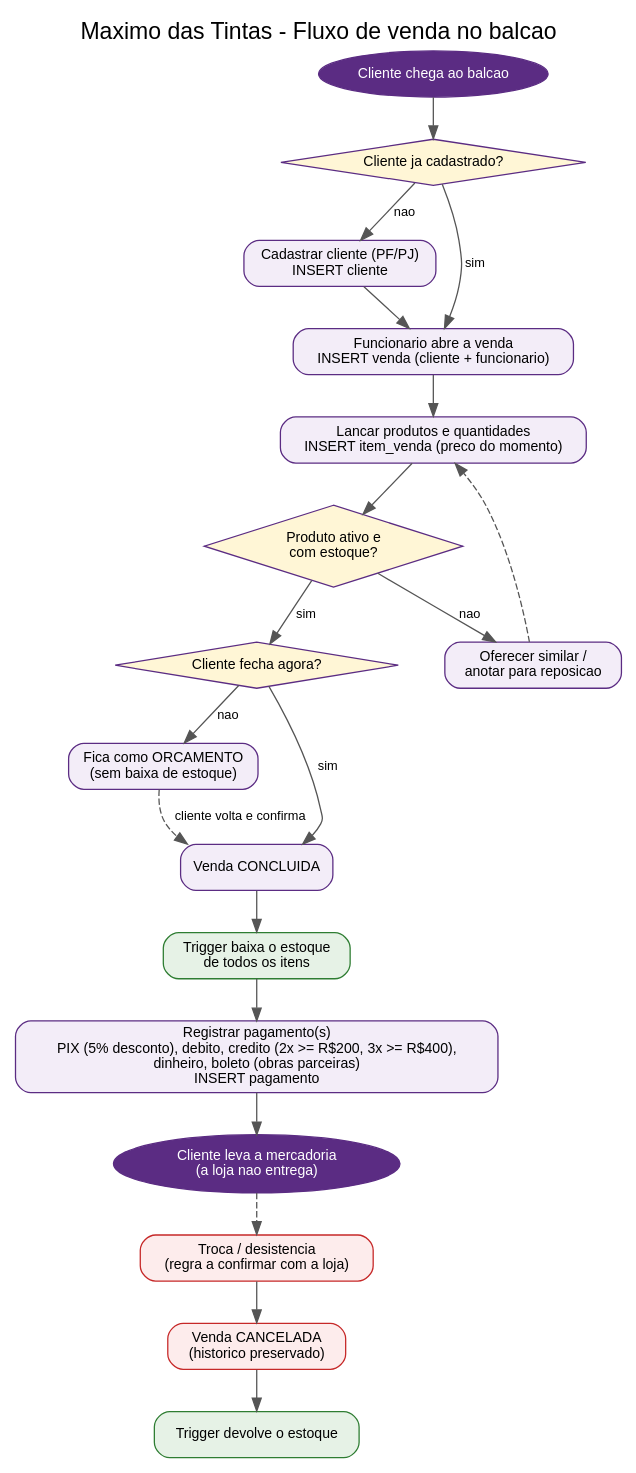
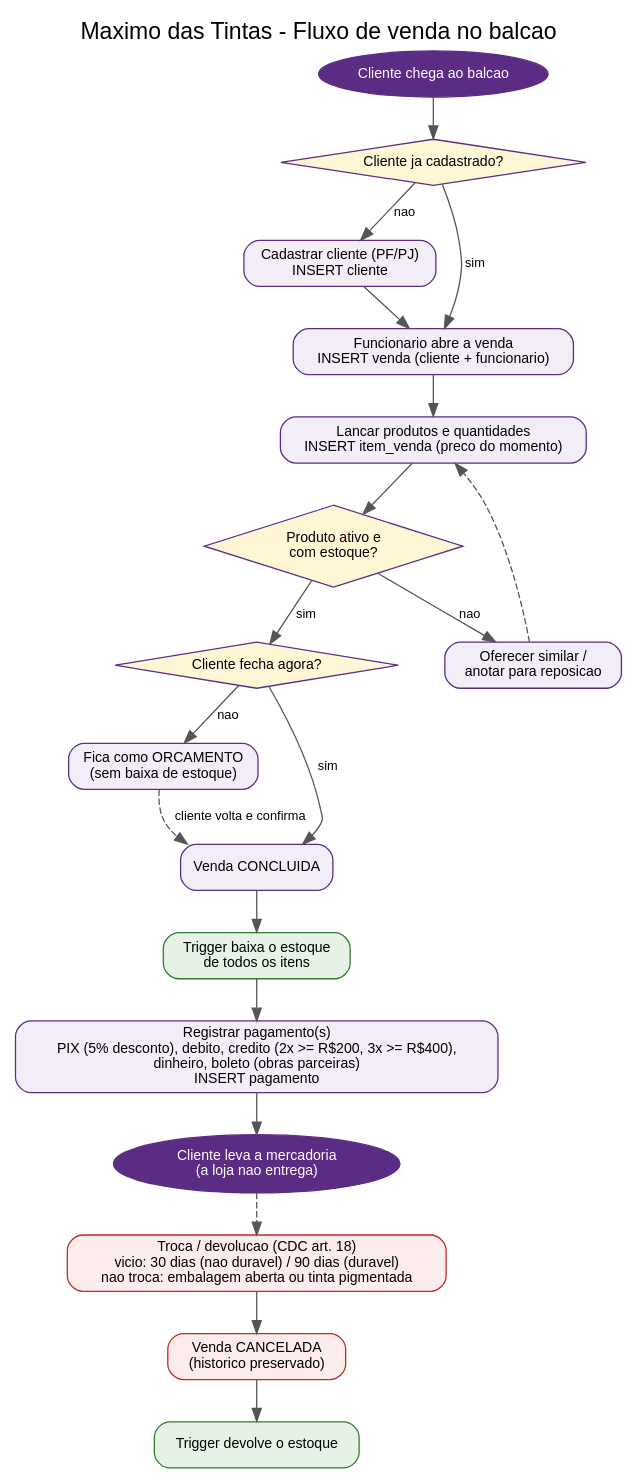
The diagram in fluxograma/fluxo_vendas.dot (GabrielsRodrigues15/Banco-de-dados-3feira), drawn with Graphviz before and after one commit. The commit also changed 14 other files, not shown here.

```diff
--- a/fluxograma/fluxo_vendas.dot
+++ b/fluxograma/fluxo_vendas.dot
@@ -1,39 +1,39 @@
 // Maximo das Tintas - Fluxo de venda no balcao
 // Gerar: dot -Tpng -Gdpi=130 fluxo_vendas.dot -o fluxo_vendas.png
 digraph fluxo_vendas {
   graph [rankdir=TB, fontname="Helvetica", label="Maximo das Tintas - Fluxo de venda no balcao", labelloc=t, fontsize=18, nodesep=0.5, ranksep=0.45];
   node  [fontname="Helvetica", fontsize=11, style="rounded,filled", fillcolor="#F3EDF8", color="#5B2C83", shape=box];
   edge  [fontname="Helvetica", fontsize=10, color="#555555"];
 
   inicio   [label="Cliente chega ao balcao", shape=oval, fillcolor="#5B2C83", fontcolor="white"];
   cad      [label="Cliente ja cadastrado?", shape=diamond, style=filled, fillcolor="#FFF6D6"];
   novo     [label="Cadastrar cliente (PF/PJ)\nINSERT cliente"];
   abre     [label="Funcionario abre a venda\nINSERT venda (cliente + funcionario)"];
   itens    [label="Lancar produtos e quantidades\nINSERT item_venda (preco do momento)"];
   ativo    [label="Produto ativo e\ncom estoque?", shape=diamond, style=filled, fillcolor="#FFF6D6"];
   outro    [label="Oferecer similar /\nanotar para reposicao"];
   decide   [label="Cliente fecha agora?", shape=diamond, style=filled, fillcolor="#FFF6D6"];
   orc      [label="Fica como ORCAMENTO\n(sem baixa de estoque)"];
   conclui  [label="Venda CONCLUIDA"];
   baixa    [label="Trigger baixa o estoque\nde todos os itens", fillcolor="#E6F2E6", color="#2E7D32"];
   pag      [label="Registrar pagamento(s)\nPIX (5% desconto), debito, credito (2x >= R$200, 3x >= R$400),\ndinheiro, boleto (obras parceiras)\nINSERT pagamento"];
   fim      [label="Cliente leva a mercadoria\n(a loja nao entrega)", shape=oval, fillcolor="#5B2C83", fontcolor="white"];
-  troca    [label="Troca / desistencia\n(regra a confirmar com a loja)", shape=box, fillcolor="#FDECEC", color="#C62828"];
+  troca    [label="Troca / devolucao (CDC art. 18)\nvicio: 30 dias (nao duravel) / 90 dias (duravel)\nnao troca: embalagem aberta ou tinta pigmentada", shape=box, fillcolor="#FDECEC", color="#C62828"];
   cancela  [label="Venda CANCELADA\n(historico preservado)", fillcolor="#FDECEC", color="#C62828"];
   devolve  [label="Trigger devolve o estoque", fillcolor="#E6F2E6", color="#2E7D32"];
 
   inicio -> cad;
   cad -> abre  [label="sim"];
   cad -> novo  [label="nao"];
   novo -> abre;
   abre -> itens -> ativo;
   ativo -> decide [label="sim"];
   ativo -> outro  [label="nao"];
   outro -> itens  [style=dashed];
   decide -> orc     [label="nao"];
   decide -> conclui [label="sim"];
   orc -> conclui    [label="cliente volta e confirma", style=dashed];
   conclui -> baixa -> pag -> fim;
   fim -> troca   [style=dashed];
   troca -> cancela -> devolve;
 }
```
